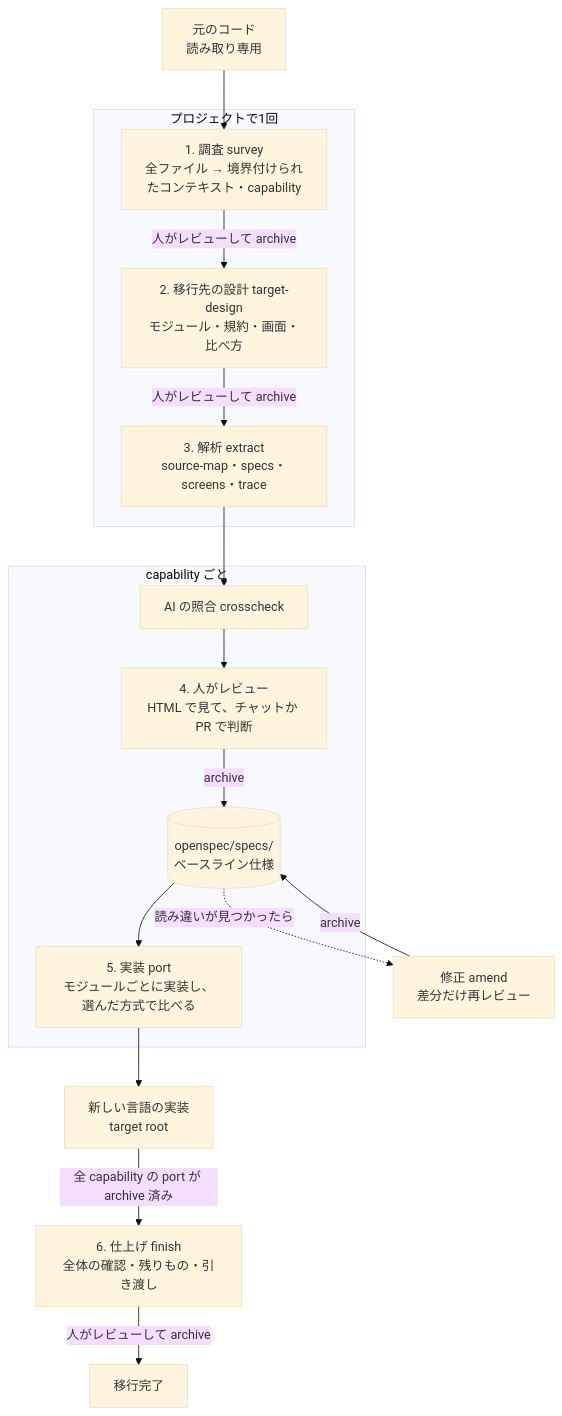
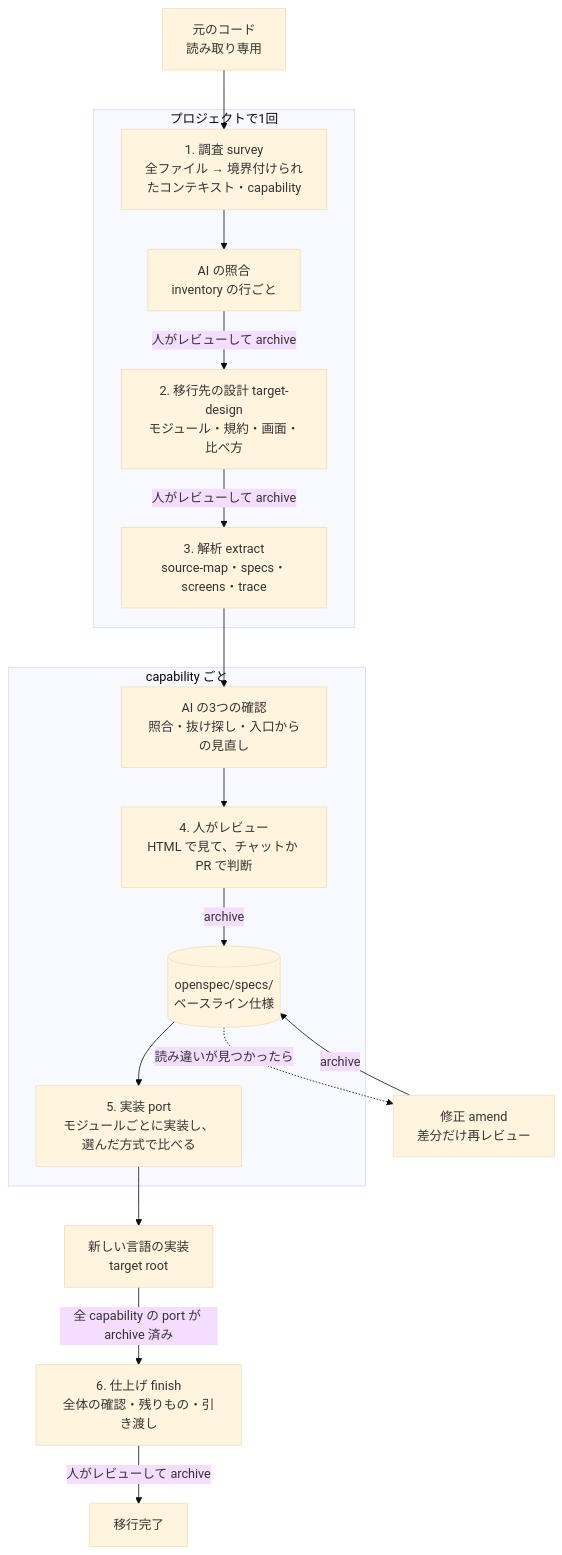
The first of 6 diagrams in docs/WORKFLOW.md (umauma00/spec-relay), drawn with Mermaid (base theme) before and after one commit. The commit also changed other lines of this file and 35 other files, not shown here.

First line of the commit message:
Add AI reviews to the survey and the spec: survey crosscheck, incomplete, walkthrough (0.30.0)

````diff
--- a/docs/WORKFLOW.md
+++ b/docs/WORKFLOW.md
@@ -7,19 +7,20 @@
 ```mermaid
 flowchart TD
   S[元のコード<br/>読み取り専用] --> SV
   subgraph F[プロジェクトで1回]
-    SV[1. 調査 survey<br/>全ファイル → 境界付けられたコンテキスト・capability] -->|人がレビューして archive| TD
+    SV[1. 調査 survey<br/>全ファイル → 境界付けられたコンテキスト・capability] --> SX[AI の照合<br/>inventory の行ごと]
+    SX -->|人がレビューして archive| TD
     TD[2. 移行先の設計 target-design<br/>モジュール・規約・画面・比べ方] -->|人がレビューして archive| L
   end
   subgraph C[capability ごと]
-    L[3. 解析 extract<br/>source-map・specs・screens・trace] --> X[AI の照合 crosscheck]
+    L[3. 解析 extract<br/>source-map・specs・screens・trace] --> X[AI の3つの確認<br/>照合・抜け探し・入口からの見直し]
     X --> R[4. 人がレビュー<br/>HTML で見て、チャットか PR で判断]
     R -->|archive| B[(openspec/specs/<br/>ベースライン仕様)]
     B --> I[5. 実装 port<br/>モジュールごとに実装し、選んだ方式で比べる]
   end
   B -. 読み違いが見つかったら .-> AM[修正 amend<br/>差分だけ再レビュー]
   AM -->|archive| B
   I --> T[新しい言語の実装<br/>target root]
   T -->|全 capability の port が archive 済み| FN[6. 仕上げ finish<br/>全体の確認・残りもの・引き渡し]
   FN -->|人がレビューして archive| DONE[移行完了]
 ```
````
